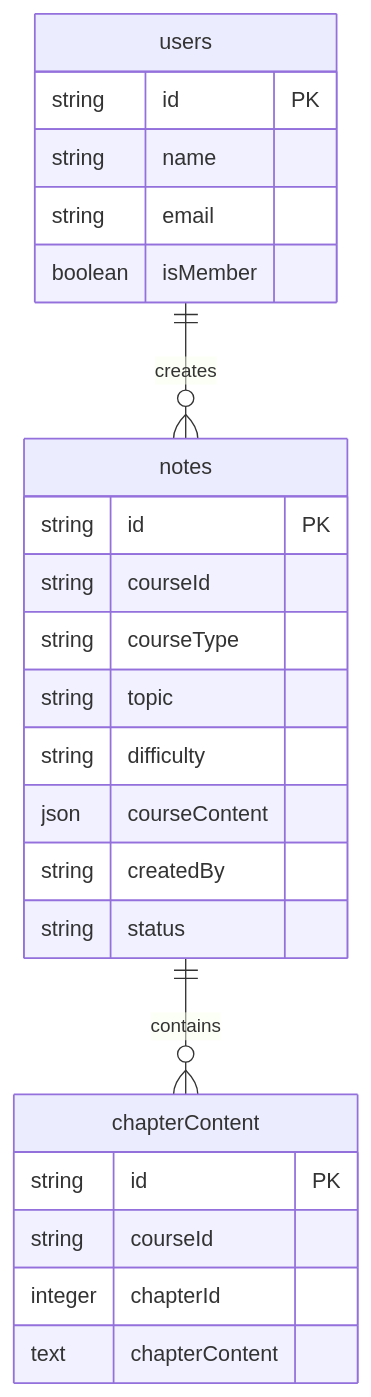
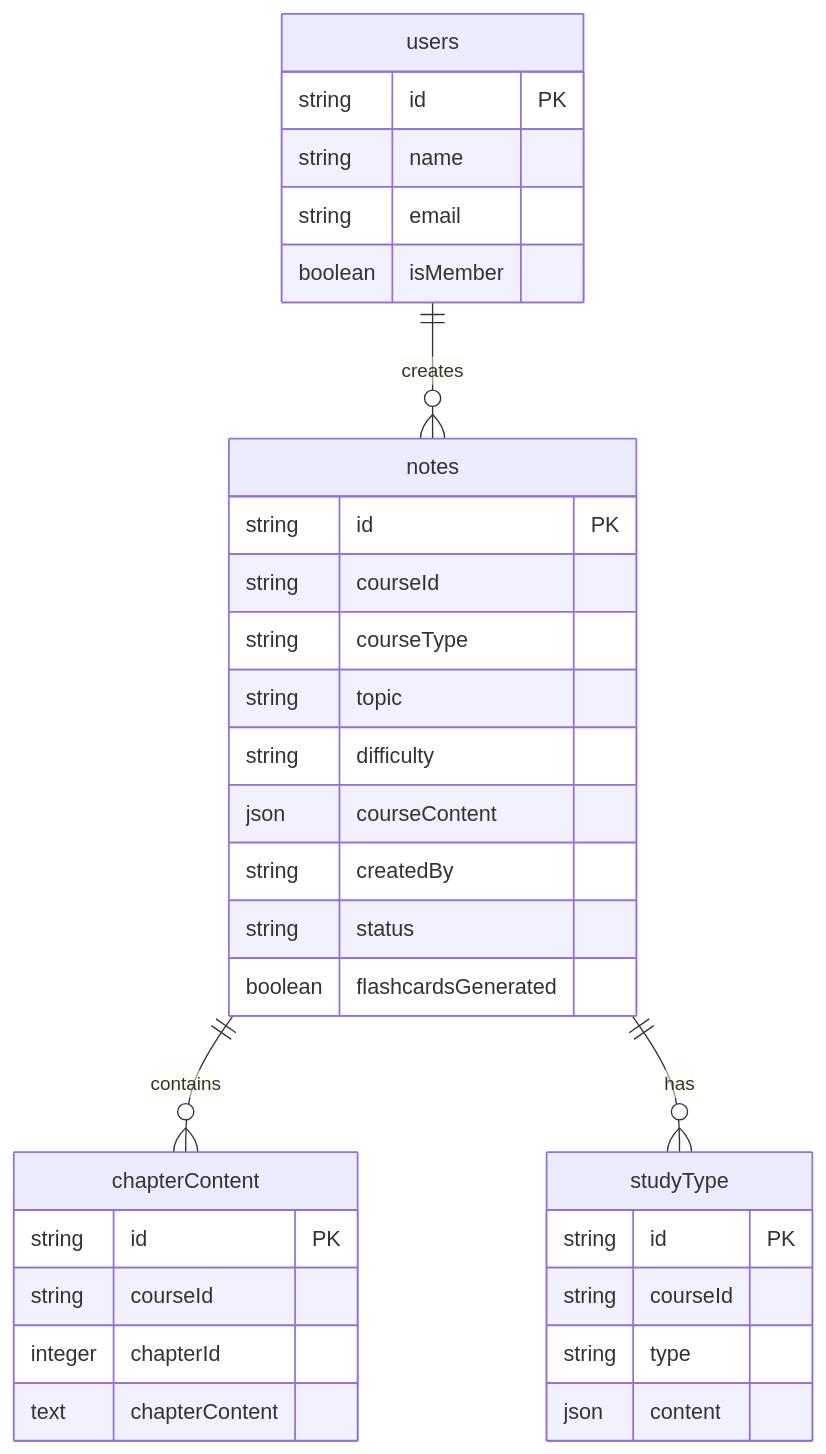
The second of 4 diagrams in README.md (ItsRudraksh/studymate-ai), drawn with Mermaid before and after one commit. The commit also changed other lines of this file and 20 other files, not shown here.

First line of the commit message:
feat: Enhance study materials and course management features

````diff
--- a/README.md
+++ b/README.md
@@ -52,27 +71,35 @@
 ```mermaid
 erDiagram
     users ||--o{ notes : creates
     notes ||--o{ chapterContent : contains
+    notes ||--o{ studyType : has
     users {
         string id PK
         string name
         string email
         boolean isMember
     }
     notes {
         string id PK
         string courseId
         string courseType
         string topic
         string difficulty
         json courseContent
         string createdBy
         string status
+        boolean flashcardsGenerated
     }
     chapterContent {
         string id PK
         string courseId
         integer chapterId
         text chapterContent
     }
+    studyType {
+        string id PK
+        string courseId
+        string type
+        json content
+    }
 ```
````
